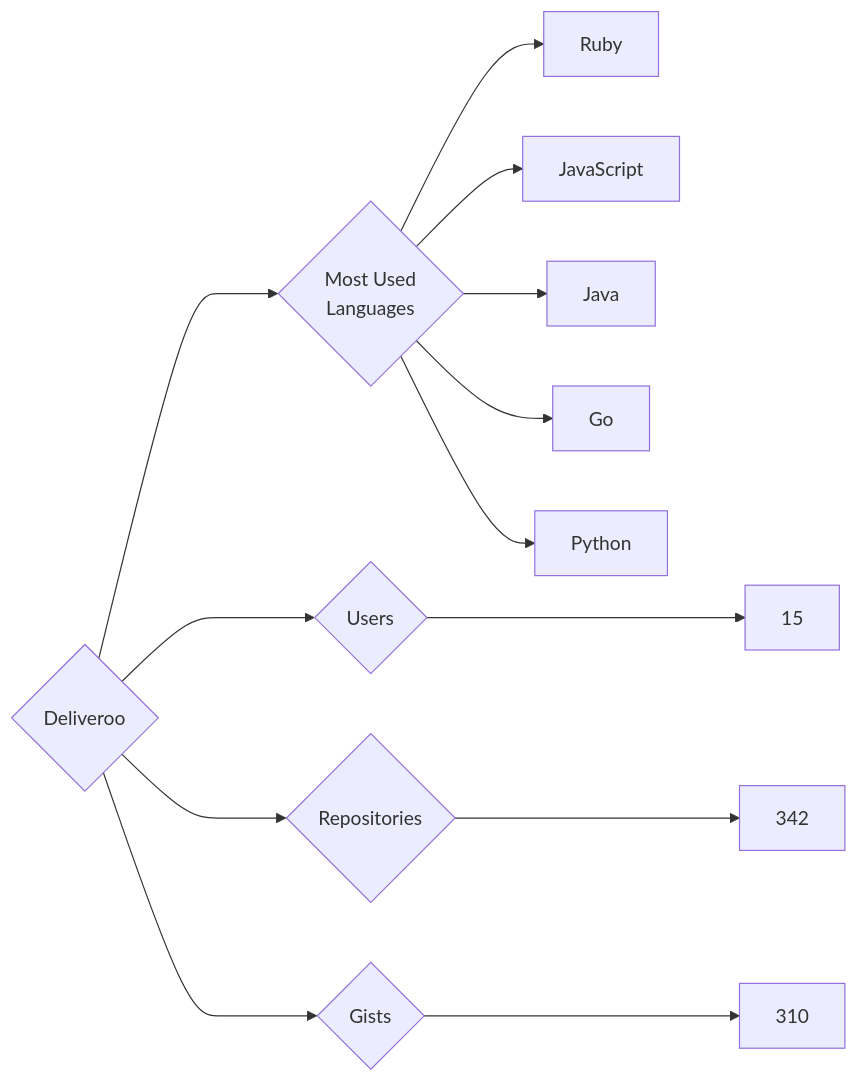
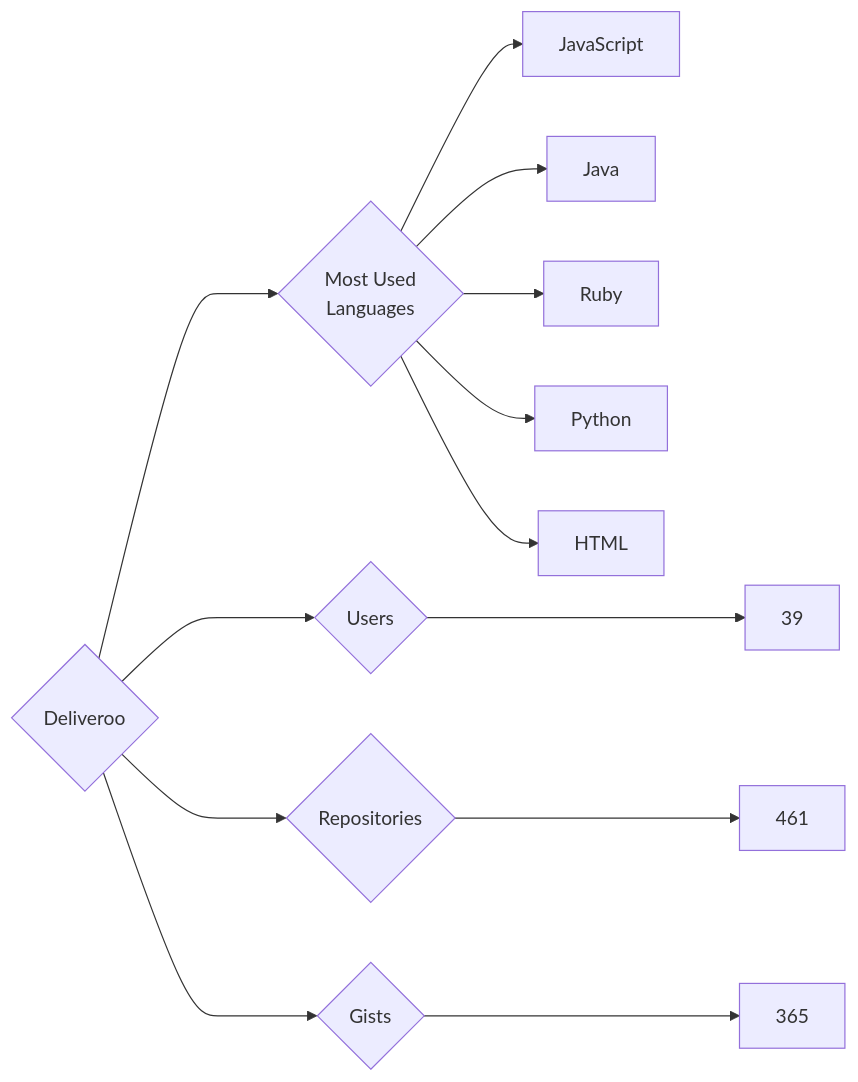
One commit to trickest/insiders changed the diagram in targets/Deliveroo/README.md. Above: the diagram before and after it, drawn with Mermaid. The commit also changed 682 other files, not shown here.

````diff
--- a/targets/Deliveroo/README.md
+++ b/targets/Deliveroo/README.md
@@ -3,13 +3,13 @@
 ```mermaid
 graph LR
 COMPANY_NAME{Deliveroo}
-COMPANY_NAME ---> U{Users} ---> UN[15]
-COMPANY_NAME ---> R{Repositories} ---> RN[342]
-COMPANY_NAME ---> G{Gists} ---> GN[310]
+COMPANY_NAME ---> U{Users} ---> UN[39]
+COMPANY_NAME ---> R{Repositories} ---> RN[461]
+COMPANY_NAME ---> G{Gists} ---> GN[365]
 COMPANY_NAME ---> ML{Most Used<br>Languages}
-ML --> Ruby[Ruby]
 ML --> JavaScript[JavaScript]
 ML --> Java[Java]
-ML --> Go[Go]
+ML --> Ruby[Ruby]
 ML --> Python[Python]
+ML --> HTML[HTML]
 ```
````
